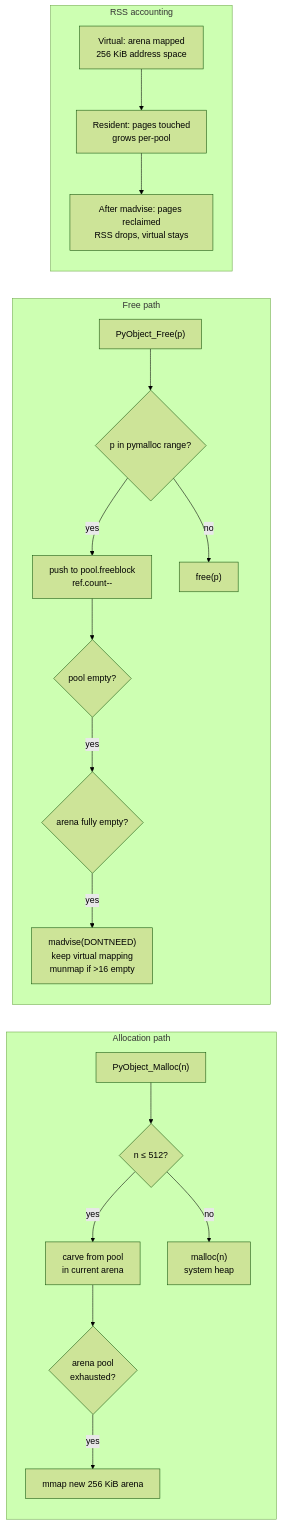
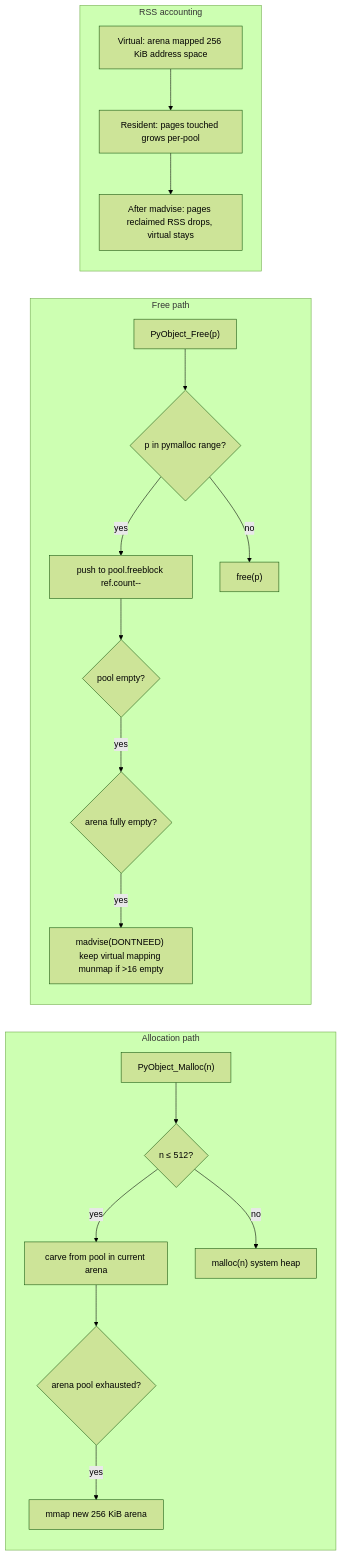
Before and after one commit to bumbsclaw/textbooks: the third of 8 diagrams in vol-16-python-cpython-internals/ch04-memory-management.md, drawn with Mermaid (forest theme). The commit also changed other lines of this file and 9 other files, not shown here.

First line of the commit message:
fix(pdf, mermaid): syntax-highlighted code blocks + diagram label fixes

````diff
--- a/vol-16-python-cpython-internals/ch04-memory-management.md
+++ b/vol-16-python-cpython-internals/ch04-memory-management.md
@@ -340,26 +340,26 @@
 ```mermaid
 flowchart LR
     subgraph ALLOC["Allocation path"]
         REQ["PyObject_Malloc(n)"] --> SMALL{"n ≤ 512?"}
-        SMALL -->|yes| POOL["carve from pool<br/>in current arena"]
-        SMALL -->|no| MMAP_LARGE["malloc(n)<br/>system heap"]
-        POOL --> ARENA_CHECK{"arena pool<br/>exhausted?"}
+        SMALL -->|yes| POOL["carve from pool in current arena"]
+        SMALL -->|no| MMAP_LARGE["malloc(n) system heap"]
+        POOL --> ARENA_CHECK{"arena pool exhausted?"}
         ARENA_CHECK -->|yes| MMAP_ARENA["mmap new 256 KiB arena"]
     end
 
     subgraph FREE["Free path"]
         FREE_REQ["PyObject_Free(p)"] --> SIZE_CHECK{"p in pymalloc range?"}
-        SIZE_CHECK -->|yes| POOL_FREE["push to pool.freeblock<br/>ref.count--"]
+        SIZE_CHECK -->|yes| POOL_FREE["push to pool.freeblock ref.count--"]
         SIZE_CHECK -->|no| MFR["free(p)"]
         POOL_FREE --> POOL_EMPTY{"pool empty?"}
         POOL_EMPTY -->|yes| ARENA_EMPTY{"arena fully empty?"}
-        ARENA_EMPTY -->|yes| MADV["madvise(DONTNEED)<br/>keep virtual mapping<br/>munmap if >16 empty"]
+        ARENA_EMPTY -->|yes| MADV["madvise(DONTNEED) keep virtual mapping munmap if >16 empty"]
     end
 
     subgraph RSS["RSS accounting"]
-        RSS1["Virtual: arena mapped<br/>256 KiB address space"]
-        RSS2["Resident: pages touched<br/>grows per-pool"]
-        RSS3["After madvise: pages reclaimed<br/>RSS drops, virtual stays"]
+        RSS1["Virtual: arena mapped 256 KiB address space"]
+        RSS2["Resident: pages touched grows per-pool"]
+        RSS3["After madvise: pages reclaimed RSS drops, virtual stays"]
         RSS1 --> RSS2 --> RSS3
     end
 ```
````
